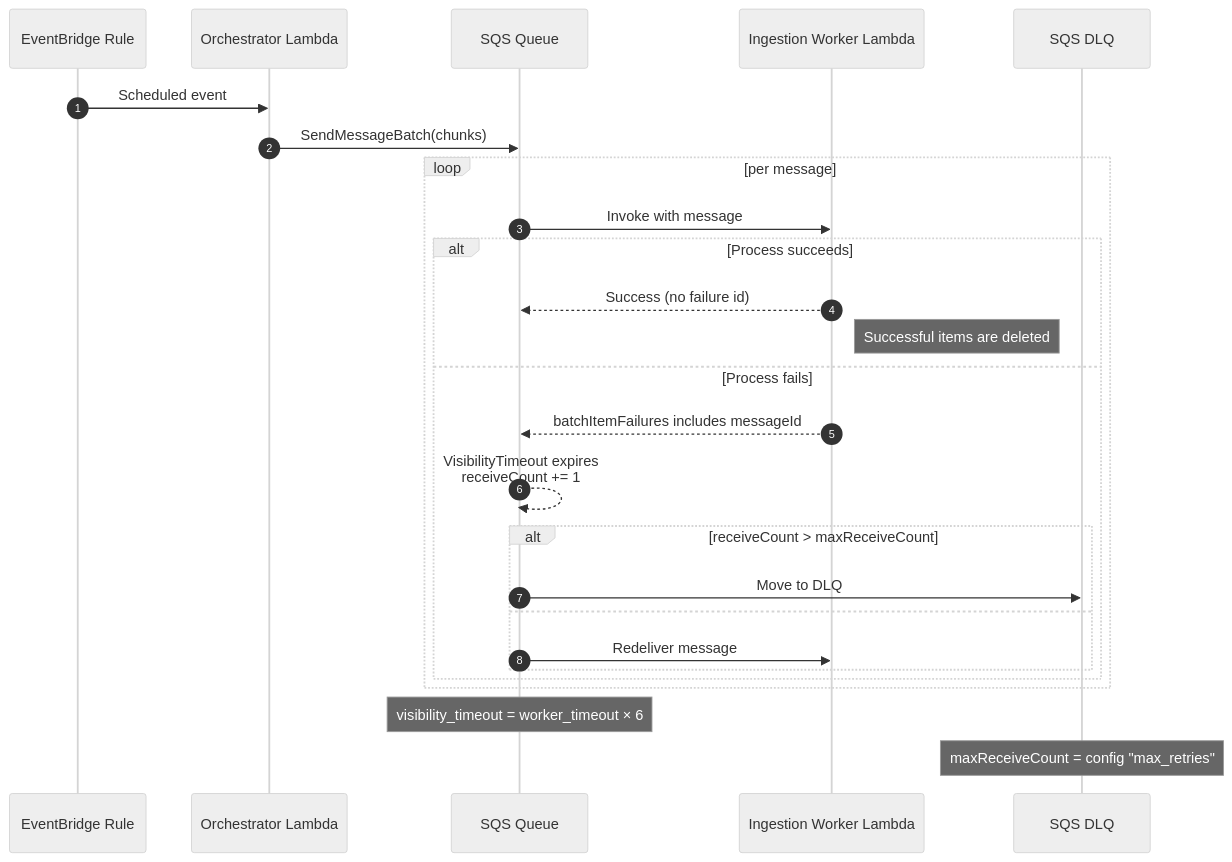
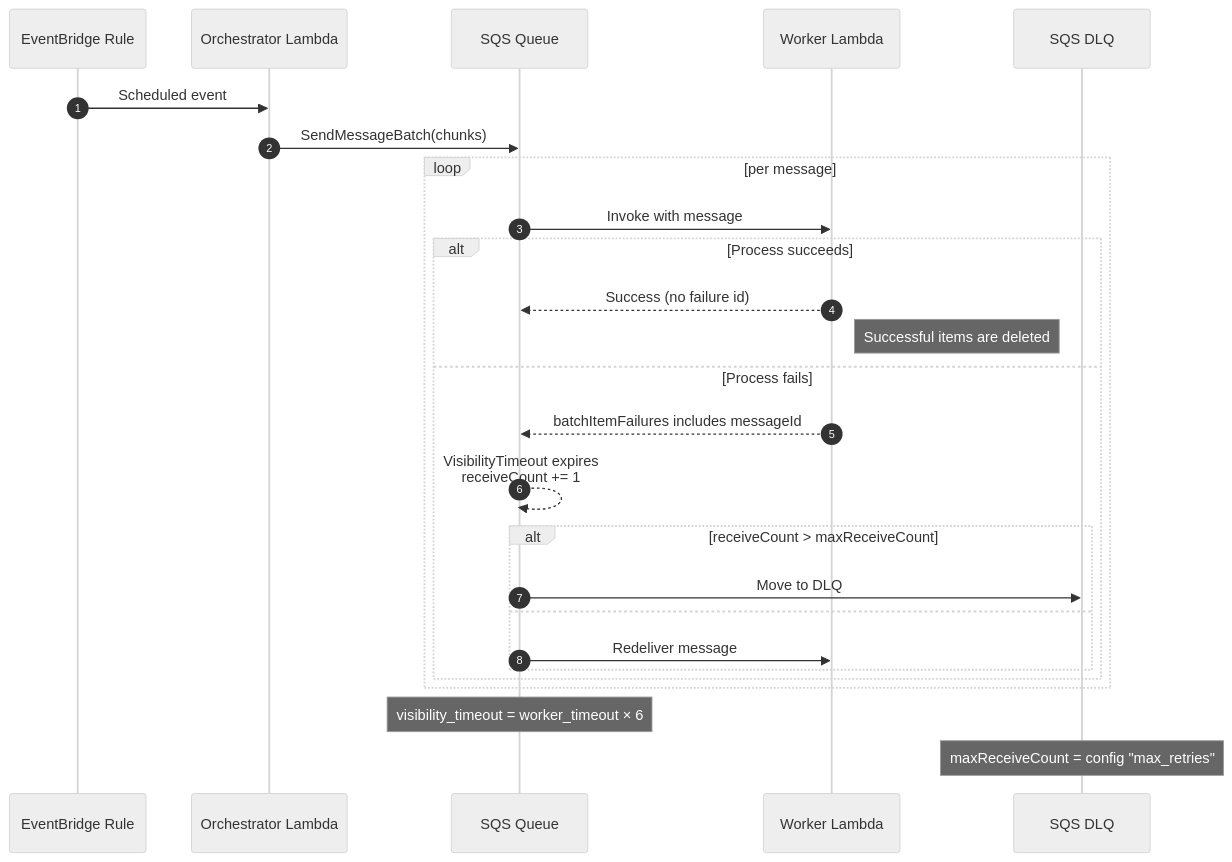
One commit to keemgdeok/fin-forge-pipeline changed the diagram in docs/diagrams/extract/04-retry-and-dlq.md. Above: the diagram before and after it, drawn with Mermaid (neutral theme). The commit also changed 23 other files, not shown here.

Commit message:
docs: update docs/diagrams/

````diff
--- a/docs/diagrams/extract/04-retry-and-dlq.md
+++ b/docs/diagrams/extract/04-retry-and-dlq.md
@@ -1,30 +1,30 @@
 ```mermaid
 sequenceDiagram
   autonumber
   participant EV as EventBridge Rule
   participant ORC as Orchestrator Lambda
   participant SQS as SQS Queue
-  participant WRK as Ingestion Worker Lambda
+  participant WRK as Worker Lambda
   participant DLQ as SQS DLQ
 
   EV->>ORC: Scheduled event
   ORC->>SQS: SendMessageBatch(chunks)
   loop per message
     SQS->>WRK: Invoke with message
     alt Process succeeds
       WRK-->>SQS: Success (no failure id)
       Note right of WRK: Successful items are deleted
     else Process fails
       WRK-->>SQS: batchItemFailures includes messageId
       SQS-->>SQS: VisibilityTimeout expires<br/>receiveCount += 1
       alt receiveCount > maxReceiveCount
         SQS->>DLQ: Move to DLQ
       else
         SQS->>WRK: Redeliver message
       end
     end
   end
 
   Note over SQS: visibility_timeout = worker_timeout × 6
   Note over DLQ: maxReceiveCount = config "max_retries"
 ```
````
